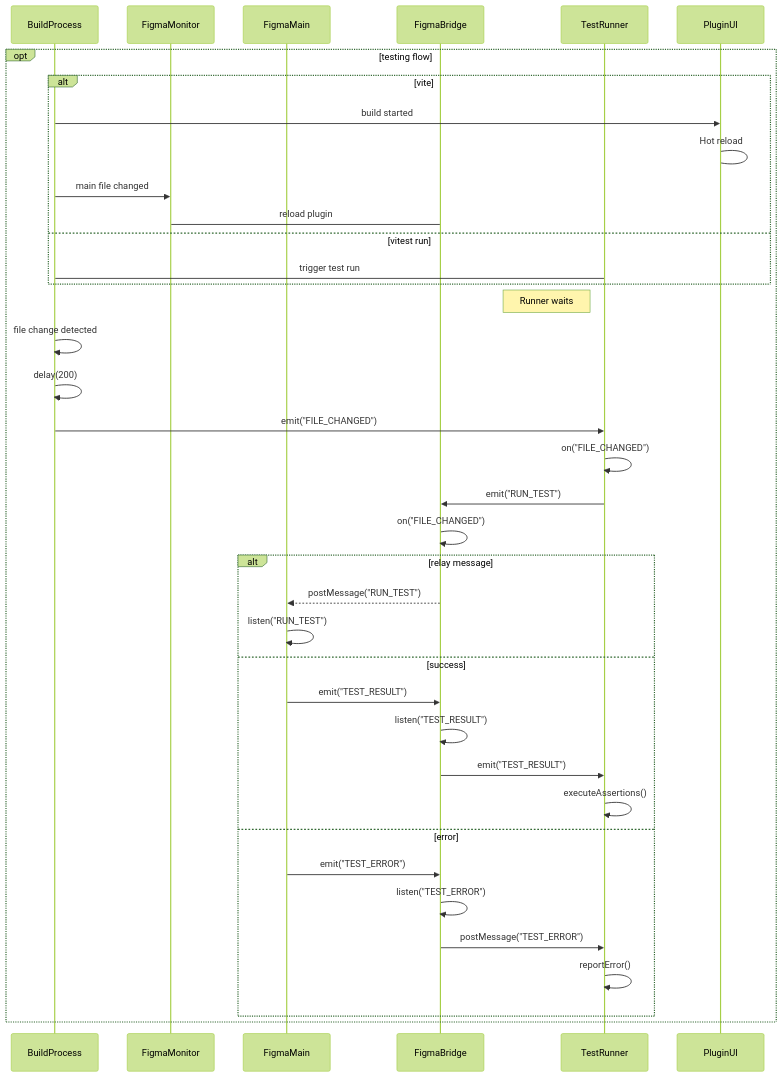
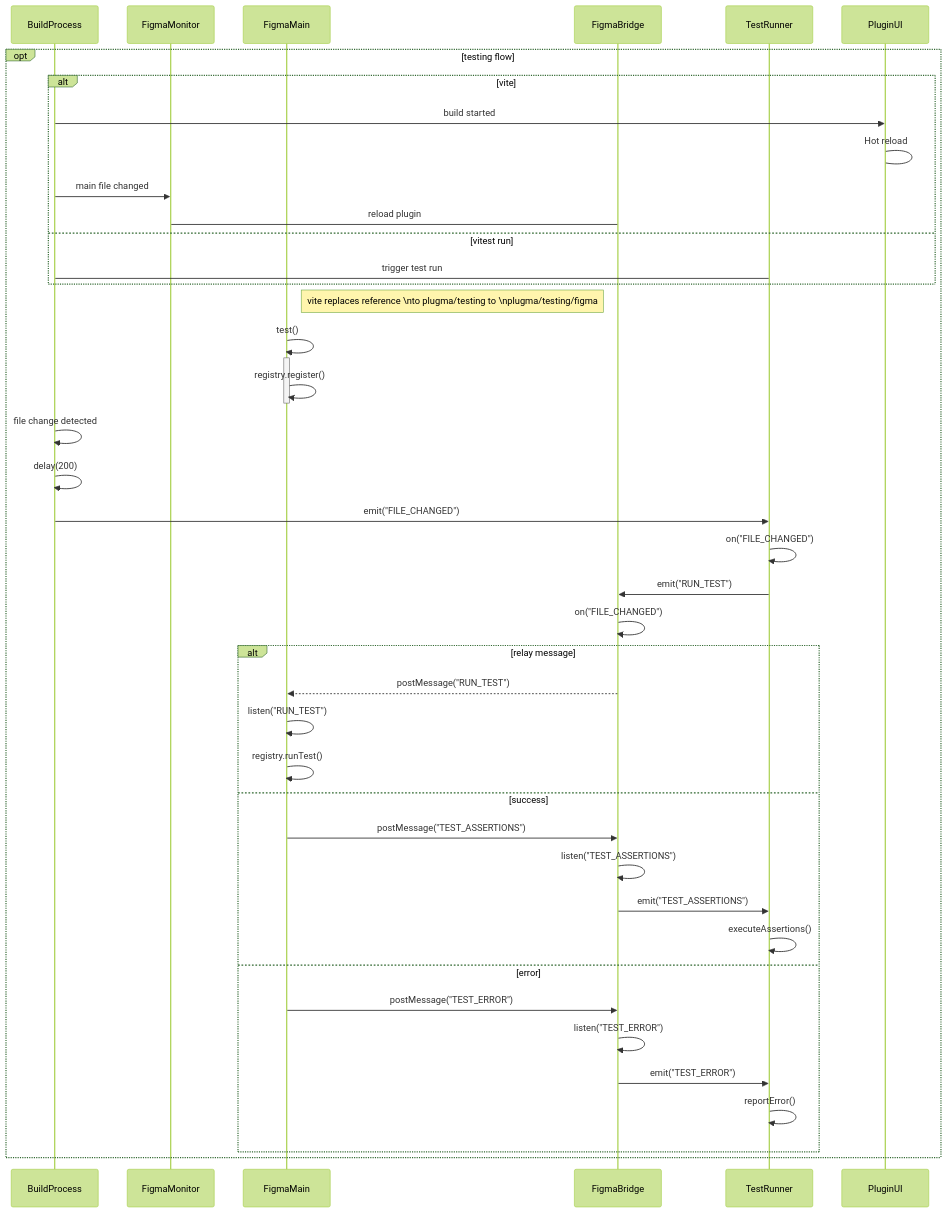
One commit to gavinmcfarland/plugma changed the diagram in docs/plugin-communication.md. Above: the diagram before and after it, drawn with Mermaid (forest theme). The commit also changed 6 other files, not shown here.

````diff
--- a/docs/plugin-communication.md
+++ b/docs/plugin-communication.md
@@ -1,47 +1,49 @@
 ```mermaid
 sequenceDiagram
     participant BuildProcess
     participant FigmaMonitor
     participant FigmaMain
     participant FigmaBridge
     participant TestRunner
     participant PluginUI
 
     opt testing flow
         alt vite
             BuildProcess->>PluginUI: build started
             PluginUI->PluginUI: Hot reload
             BuildProcess->>FigmaMonitor: main file changed
             FigmaMonitor->FigmaBridge: reload plugin
         else vitest run
             BuildProcess->TestRunner: trigger test run
         end
 
-        note left of TestRunner: Runner waits
+
+        note right of FigmaMain: vite replaces reference \nto plugma/testing to \nplugma/testing/figma
+        FigmaMain->>+FigmaMain: test()
+        FigmaMain->>-FigmaMain: registry.register()
         BuildProcess->>BuildProcess: file change detected
         BuildProcess->>BuildProcess: delay(200)
         BuildProcess->>TestRunner: emit("FILE_CHANGED")
 
         TestRunner->>TestRunner: on("FILE_CHANGED")
         TestRunner->>FigmaBridge: emit("RUN_TEST")
-
         FigmaBridge->>FigmaBridge: on("FILE_CHANGED")
 
         alt relay message
-
             FigmaBridge-->>FigmaMain: postMessage("RUN_TEST")
             FigmaMain->>FigmaMain: listen("RUN_TEST")
+            FigmaMain->>FigmaMain: registry.runTest()
         else success
-            FigmaMain->>FigmaBridge: emit("TEST_RESULT")
-            FigmaBridge->>FigmaBridge: listen("TEST_RESULT")
-            FigmaBridge->>TestRunner: emit("TEST_RESULT")
+            FigmaMain->>FigmaBridge: postMessage("TEST_ASSERTIONS")
+            FigmaBridge->>FigmaBridge: listen("TEST_ASSERTIONS")
+            FigmaBridge->>TestRunner: emit("TEST_ASSERTIONS")
             TestRunner->>TestRunner: executeAssertions()
         else error
-            FigmaMain->>FigmaBridge: emit("TEST_ERROR")
+            FigmaMain->>FigmaBridge: postMessage("TEST_ERROR")
             FigmaBridge->>FigmaBridge: listen("TEST_ERROR")
-            FigmaBridge->>TestRunner: postMessage("TEST_ERROR")
+            FigmaBridge->>TestRunner: emit("TEST_ERROR")
             TestRunner->>TestRunner: reportError()
         end
     end
 
 ```
````
